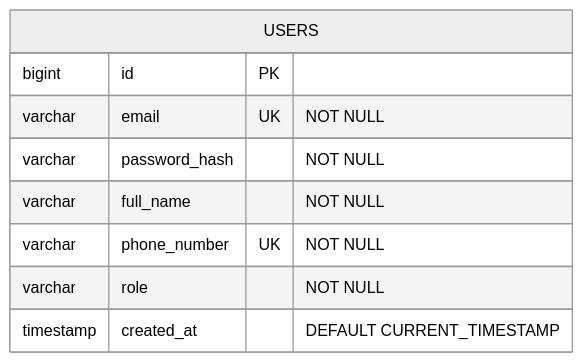
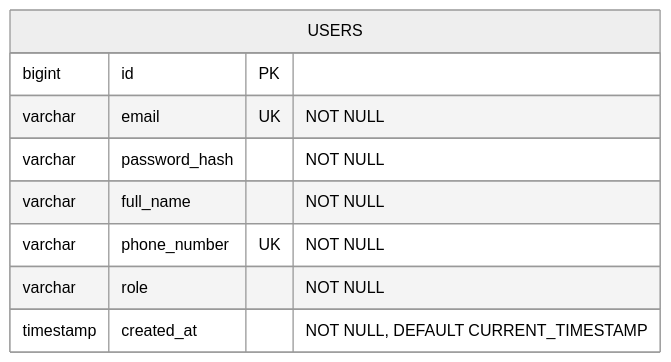
One commit to BlackyB0o/CS261_650001_group5 changed the fourth of 7 diagrams in docs/task-04/README.md. Above: the diagram before and after it, drawn with Mermaid (neutral theme). The commit also changed other lines of this file, not shown here.

````diff
--- a/docs/task-04/README.md
+++ b/docs/task-04/README.md
@@ -180,12 +300,12 @@
 ```mermaid
 erDiagram
     USERS {
         bigint id PK
         varchar email UK "NOT NULL"
         varchar password_hash "NOT NULL"
         varchar full_name "NOT NULL"
         varchar phone_number UK "NOT NULL"
         varchar role "NOT NULL"
-        timestamp created_at "DEFAULT CURRENT_TIMESTAMP"
+        timestamp created_at "NOT NULL, DEFAULT CURRENT_TIMESTAMP"
     }
 ```
````
